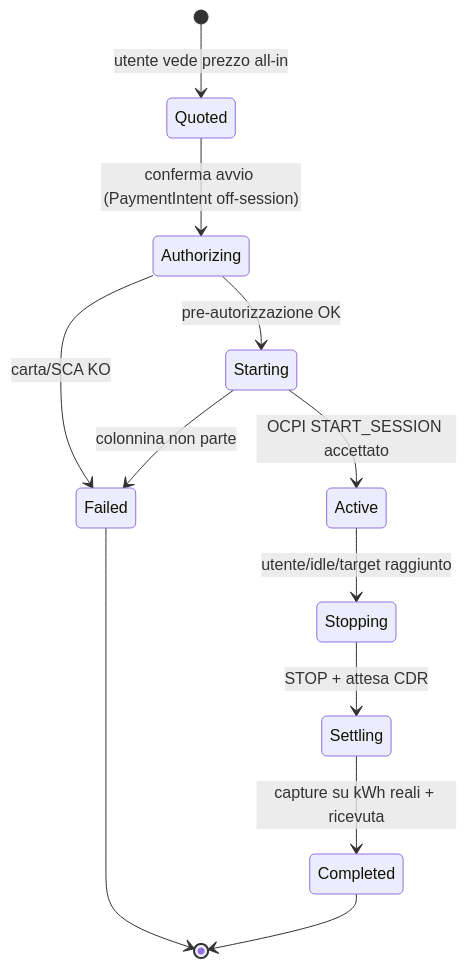
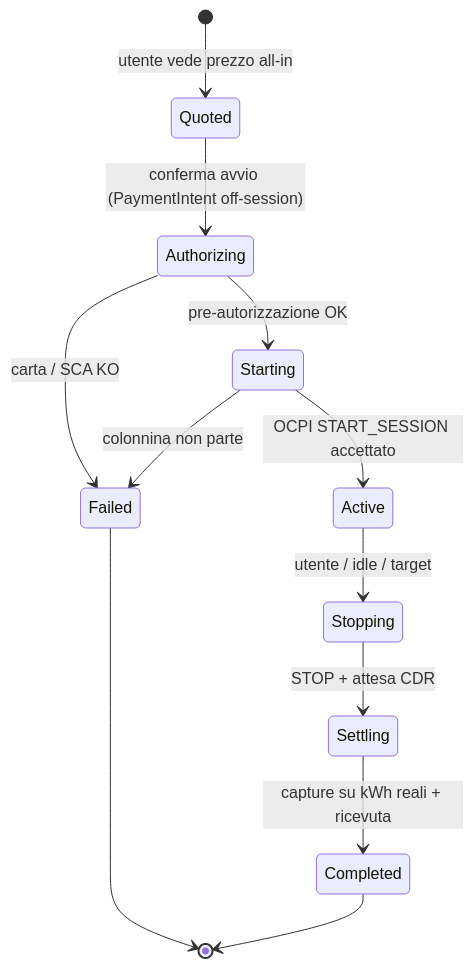
The second of 3 diagrams in ARCHITECTURE.md (GabrieleRuggieri/voltaway), drawn with Mermaid before and after one commit. The commit also changed other lines of this file and 7 other files, not shown here.

````diff
--- a/ARCHITECTURE.md
+++ b/ARCHITECTURE.md
@@ -219,14 +260,14 @@
 ```mermaid
 stateDiagram-v2
     [*] --> Quoted: utente vede prezzo all-in
     Quoted --> Authorizing: conferma avvio (PaymentIntent off-session)
     Authorizing --> Starting: pre-autorizzazione OK
     Starting --> Active: OCPI START_SESSION accettato
-    Active --> Stopping: utente/idle/target raggiunto
+    Active --> Stopping: utente / idle / target
     Stopping --> Settling: STOP + attesa CDR
     Settling --> Completed: capture su kWh reali + ricevuta
-    Authorizing --> Failed: carta/SCA KO
+    Authorizing --> Failed: carta / SCA KO
     Starting --> Failed: colonnina non parte
     Failed --> [*]
     Completed --> [*]
 ```
````
